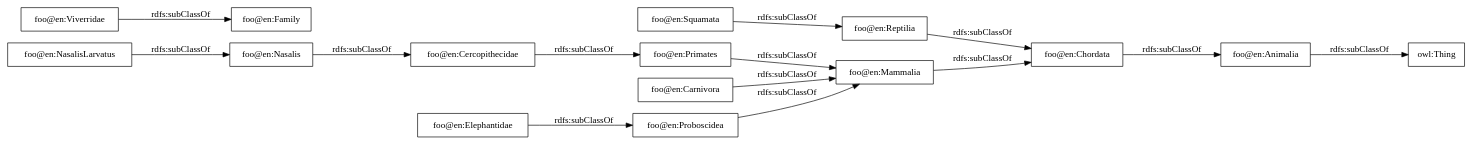
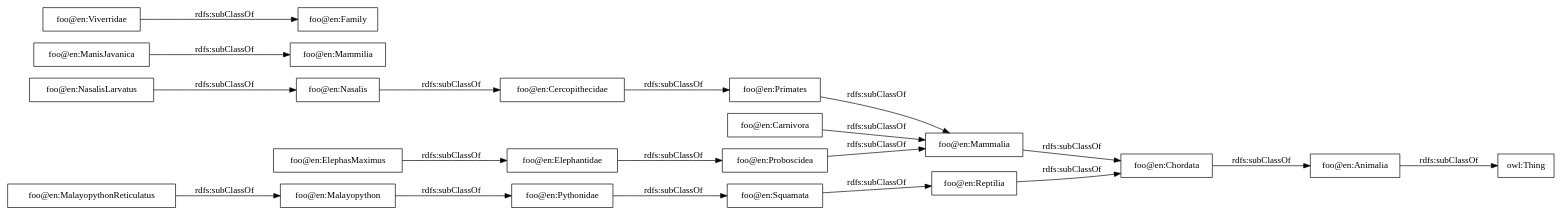
Before and after one commit to Naeima/foo_html: the diagram in OnToology/index.ttl/diagrams/ar2dtool-taxonomy/index.ttl.png.dot, drawn with Graphviz. The commit also changed 13 other files, not shown here.

```diff
--- a/OnToology/index.ttl/diagrams/ar2dtool-taxonomy/index.ttl.png.dot
+++ b/OnToology/index.ttl/diagrams/ar2dtool-taxonomy/index.ttl.png.dot
@@ -1,19 +1,24 @@
 digraph ar2dtool_diagram { 
 rankdir=LR;
 size="1000"
-node [shape = rectangle, color="black"]; "foo@en:Squamata" "foo@en:Mammalia" "foo@en:Animalia" "foo@en:Cercopithecidae" "foo@en:Primates" "foo@en:Carnivora" "foo@en:Viverridae" "foo@en:Nasalis" "foo@en:Elephantidae" "foo@en:Reptilia" "foo@en:Proboscidea" "foo@en:Chordata" ; /*classes style*/
-	"foo@en:Primates" -> "foo@en:Mammalia" [ label = "rdfs:subClassOf" ];
-	"foo@en:Reptilia" -> "foo@en:Chordata" [ label = "rdfs:subClassOf" ];
+node [shape = rectangle, color="black"]; "foo@en:Squamata" "foo@en:Mammalia" "foo@en:Malayopython" "foo@en:Animalia" "foo@en:Cercopithecidae" "foo@en:ManisJavanica" "foo@en:ElephasMaximus" "foo@en:MalayopythonReticulatus" "foo@en:Primates" "foo@en:Carnivora" "foo@en:Viverridae" "foo@en:Nasalis" "foo@en:Elephantidae" "foo@en:Reptilia" "foo@en:Pythonidae" "foo@en:Proboscidea" "foo@en:Chordata" ; /*classes style*/
+	"foo@en:Cercopithecidae" -> "foo@en:Primates" [ label = "rdfs:subClassOf" ];
 	"foo@en:Chordata" -> "foo@en:Animalia" [ label = "rdfs:subClassOf" ];
 	"foo@en:Squamata" -> "foo@en:Reptilia" [ label = "rdfs:subClassOf" ];
+	"foo@en:Elephantidae" -> "foo@en:Proboscidea" [ label = "rdfs:subClassOf" ];
 	"foo@en:Proboscidea" -> "foo@en:Mammalia" [ label = "rdfs:subClassOf" ];
+	"foo@en:Reptilia" -> "foo@en:Chordata" [ label = "rdfs:subClassOf" ];
+	"foo@en:ManisJavanica" -> "foo@en:Mammilia" [ label = "rdfs:subClassOf" ];
+	"foo@en:Nasalis" -> "foo@en:Cercopithecidae" [ label = "rdfs:subClassOf" ];
+	"foo@en:Viverridae" -> "foo@en:Family" [ label = "rdfs:subClassOf" ];
+	"foo@en:ElephasMaximus" -> "foo@en:Elephantidae" [ label = "rdfs:subClassOf" ];
+	"foo@en:Animalia" -> "owl:Thing" [ label = "rdfs:subClassOf" ];
+	"foo@en:Malayopython" -> "foo@en:Pythonidae" [ label = "rdfs:subClassOf" ];
+	"foo@en:Carnivora" -> "foo@en:Mammalia" [ label = "rdfs:subClassOf" ];
+	"foo@en:Mammalia" -> "foo@en:Chordata" [ label = "rdfs:subClassOf" ];
+	"foo@en:MalayopythonReticulatus" -> "foo@en:Malayopython" [ label = "rdfs:subClassOf" ];
+	"foo@en:Pythonidae" -> "foo@en:Squamata" [ label = "rdfs:subClassOf" ];
+	"foo@en:Primates" -> "foo@en:Mammalia" [ label = "rdfs:subClassOf" ];
 	"foo@en:NasalisLarvatus" -> "foo@en:Nasalis" [ label = "rdfs:subClassOf" ];
-	"foo@en:Elephantidae" -> "foo@en:Proboscidea" [ label = "rdfs:subClassOf" ];
-	"foo@en:Viverridae" -> "foo@en:Family" [ label = "rdfs:subClassOf" ];
-	"foo@en:Cercopithecidae" -> "foo@en:Primates" [ label = "rdfs:subClassOf" ];
-	"foo@en:Carnivora" -> "foo@en:Mammalia" [ label = "rdfs:subClassOf" ];
-	"foo@en:Animalia" -> "owl:Thing" [ label = "rdfs:subClassOf" ];
-	"foo@en:Mammalia" -> "foo@en:Chordata" [ label = "rdfs:subClassOf" ];
-	"foo@en:Nasalis" -> "foo@en:Cercopithecidae" [ label = "rdfs:subClassOf" ];
 
 }
```
